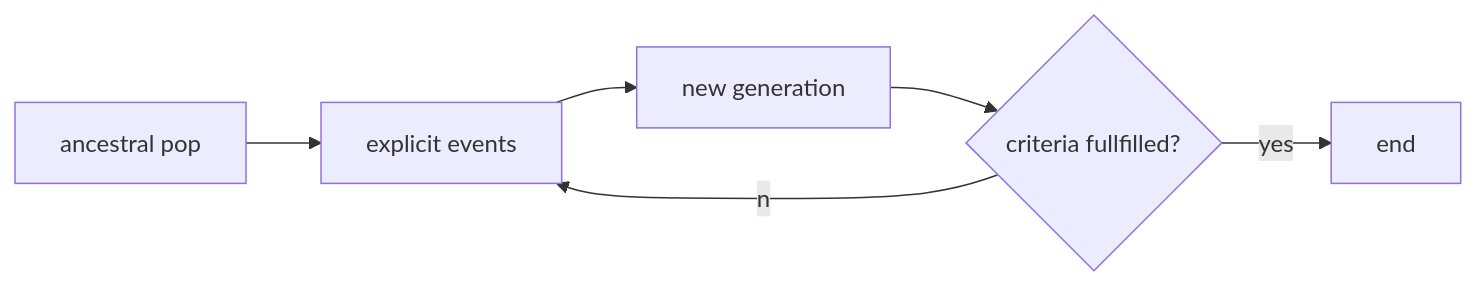
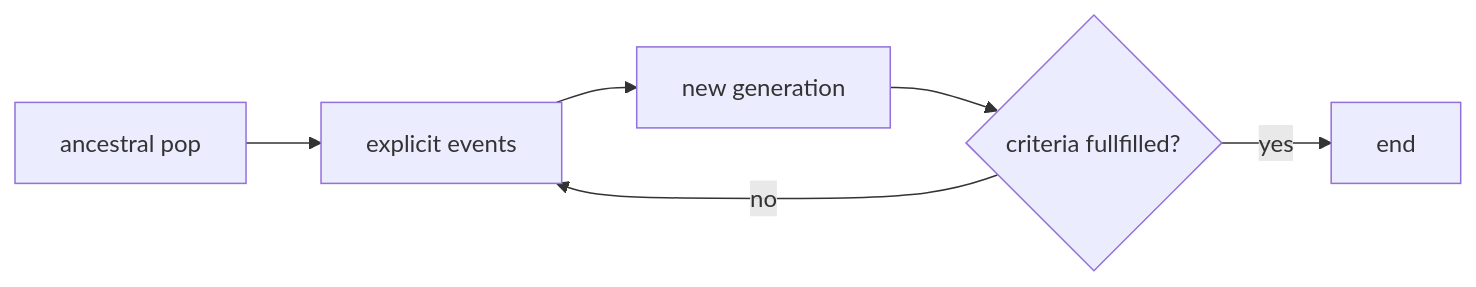
The first of 3 diagrams in Lectures/Lect5_Simulation_frameworks.md (Jcbnunez/uvm-fqr), drawn with Mermaid before and after one commit. The commit also changed other lines of this file, not shown here.

````diff
--- a/Lectures/Lect5_Simulation_frameworks.md
+++ b/Lectures/Lect5_Simulation_frameworks.md
@@ -79,5 +79,5 @@
 ```mermaid
 graph LR
-a[ancestral pop] --> b[explicit events] --> c[new generation] --> e{criteria fullfilled?} --yes--> f[end]
-e --no--> b
+a[ancestral pop] --> b[explicit events] --> c[new generation] --> e{criteria fullfilled?} --"yes"--> f[end]
+e --"no"--> b
 ```
````
